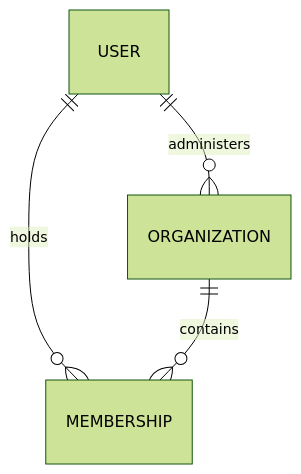
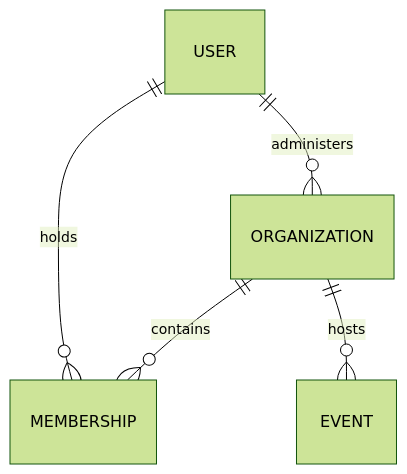
Before and after one commit to KNors22/club-os: the second of 2 diagrams in docs/architecture.md, drawn with Mermaid (forest theme). The commit also changed other lines of this file and 14 other files, not shown here.

````diff
--- a/docs/architecture.md
+++ b/docs/architecture.md
@@ -28,6 +28,7 @@
 ```mermaid
 erDiagram
   USER ||--o{ ORGANIZATION : administers
   USER ||--o{ MEMBERSHIP : holds
   ORGANIZATION ||--o{ MEMBERSHIP : contains
+  ORGANIZATION ||--o{ EVENT : hosts
 ```
````
